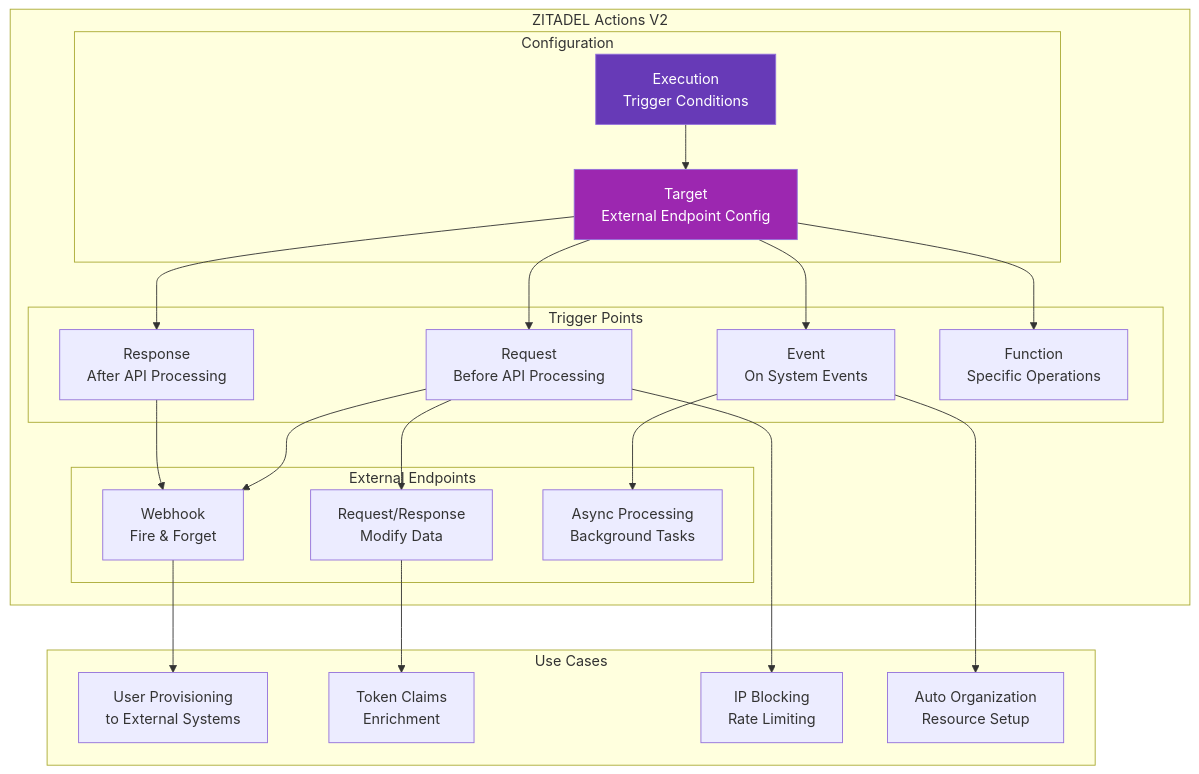
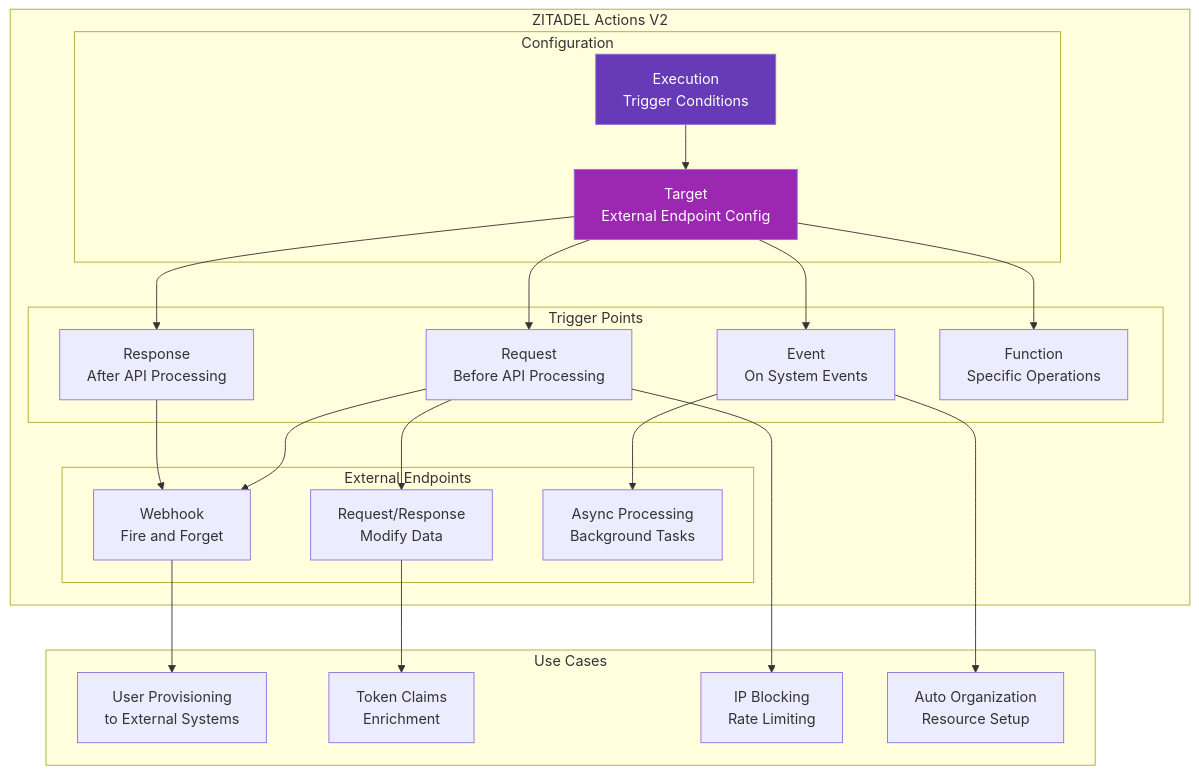
The sixth of 12 diagrams in ai/zitadel-overview.md (quochuydev/quochuydev), drawn with Mermaid before and after one commit. The commit also changed other lines of this file, not shown here.

````diff
--- a/ai/zitadel-overview.md
+++ b/ai/zitadel-overview.md
@@ -249,49 +249,49 @@
 ```mermaid
 graph TB
     subgraph "ZITADEL Actions V2"
         subgraph "Configuration"
             Target[Target<br/>External Endpoint Config]
             Execution[Execution<br/>Trigger Conditions]
         end
 
         subgraph "Trigger Points"
             Request[Request<br/>Before API Processing]
             Response[Response<br/>After API Processing]
             Event[Event<br/>On System Events]
             Function[Function<br/>Specific Operations]
         end
 
         subgraph "External Endpoints"
-            Webhook[Webhook<br/>Fire & Forget]
+            Webhook[Webhook<br/>Fire and Forget]
             RequestResponse[Request/Response<br/>Modify Data]
             Async[Async Processing<br/>Background Tasks]
         end
     end
 
     subgraph "Use Cases"
         UserProvision[User Provisioning<br/>to External Systems]
         CustomClaims[Token Claims<br/>Enrichment]
         IPBlock[IP Blocking<br/>Rate Limiting]
         OrgSetup[Auto Organization<br/>Resource Setup]
     end
 
     Target --> Request
     Target --> Response
     Target --> Event
     Target --> Function
 
     Execution --> Target
 
     Request --> Webhook
     Request --> RequestResponse
     Response --> Webhook
     Event --> Async
 
     Webhook --> UserProvision
     RequestResponse --> CustomClaims
     Request --> IPBlock
     Event --> OrgSetup
 
     style Target fill:#9C27B0,color:#fff
     style Execution fill:#673AB7,color:#fff
 ```
````
